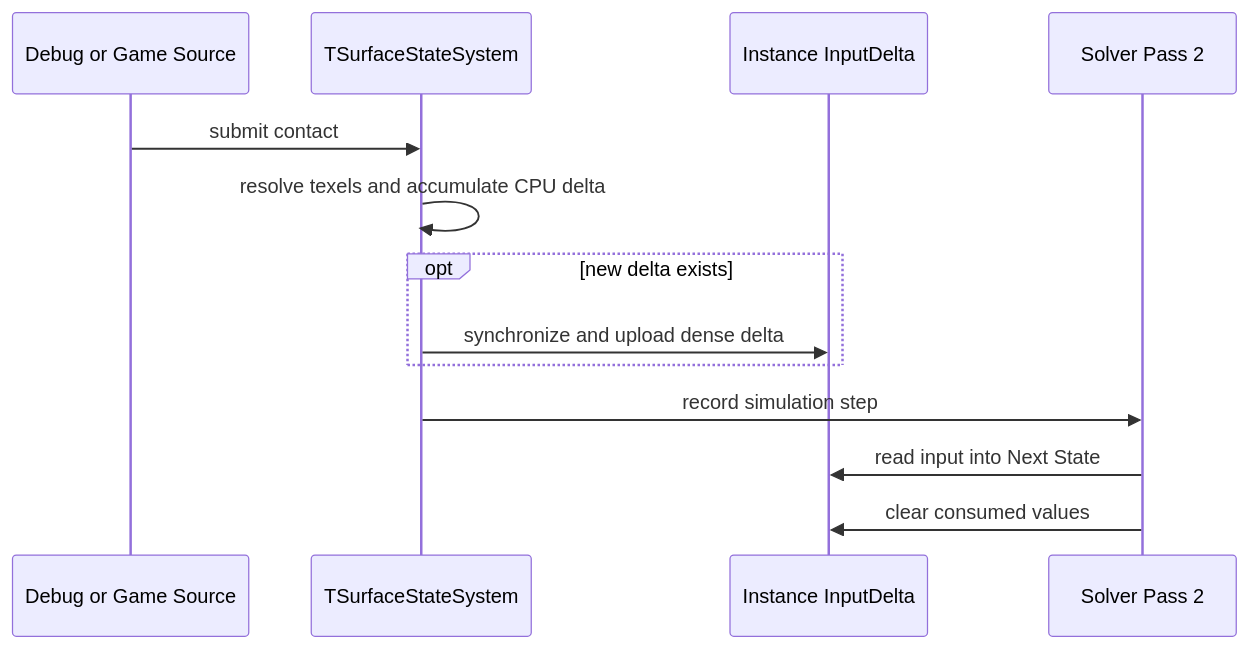
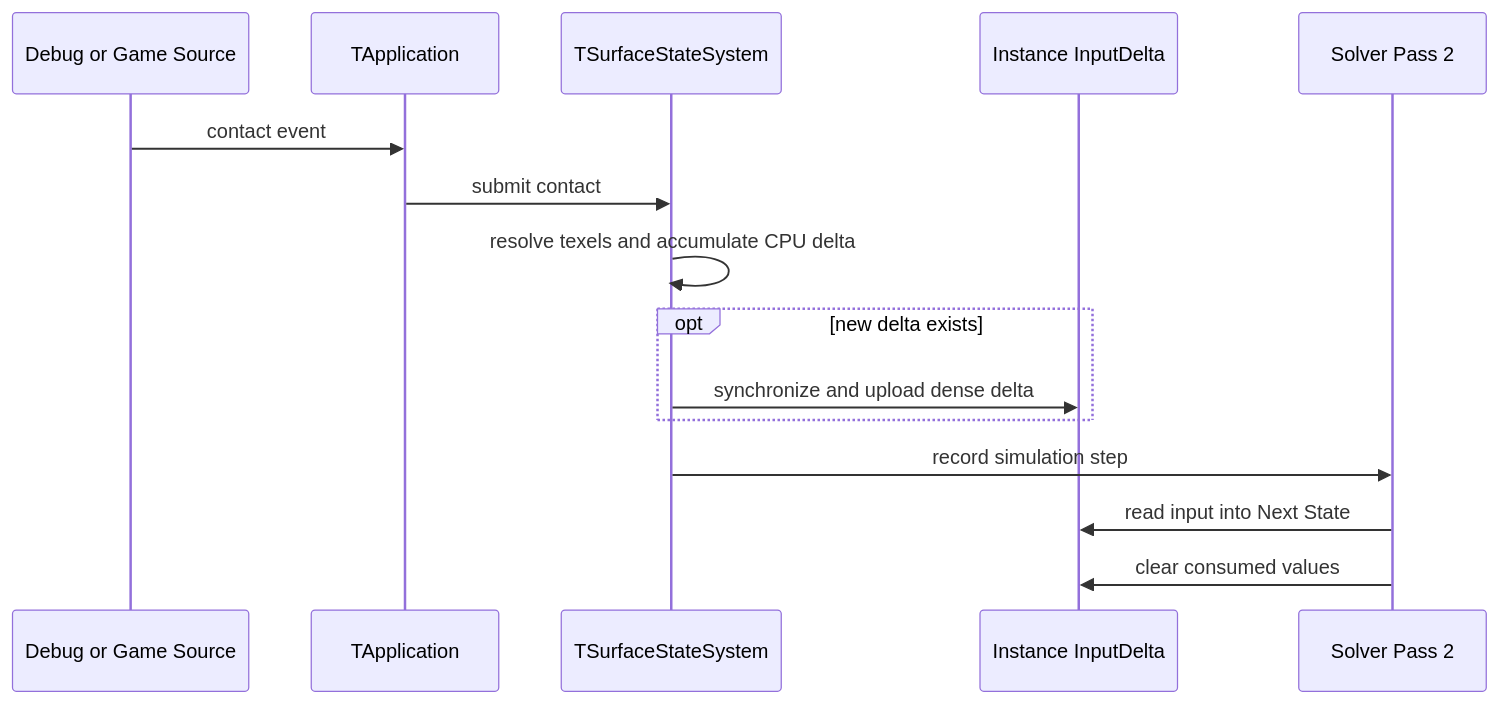
Before and after one commit to Yonaim/Material-Dependent-Surface-State-Engine: the third of 3 diagrams in Docs/MDSSP-Vault/Flow-Maps/0003_Contact-Input-Flow.md, drawn with Mermaid. The commit also changed other lines of this file and 12 other files, not shown here.

````diff
--- a/Docs/MDSSP-Vault/Flow-Maps/0003_Contact-Input-Flow.md
+++ b/Docs/MDSSP-Vault/Flow-Maps/0003_Contact-Input-Flow.md
@@ -77,16 +77,18 @@
 ```mermaid
 sequenceDiagram
   participant Source as Debug or Game Source
+  participant App as TApplication
   participant System as TSurfaceStateSystem
   participant Buffer as Instance InputDelta
   participant Solver as Solver Pass 2
 
-  Source->>System: submit contact
+  Source->>App: contact event
+  App->>System: submit contact
   System->>System: resolve texels and accumulate CPU delta
   opt new delta exists
     System->>Buffer: synchronize and upload dense delta
   end
   System->>Solver: record simulation step
   Solver->>Buffer: read input into Next State
   Solver->>Buffer: clear consumed values
 ```
````
